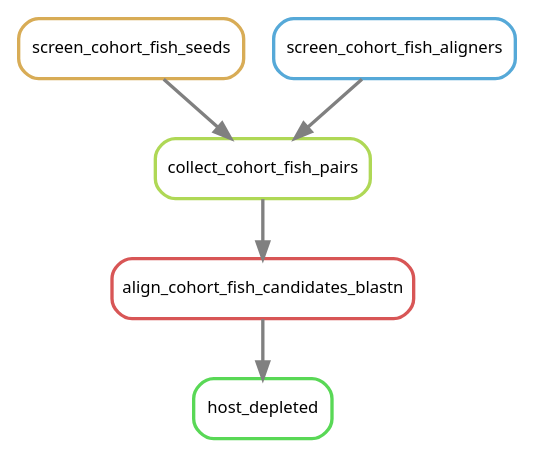
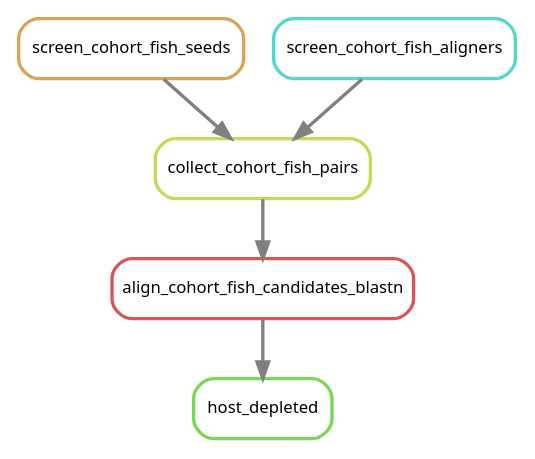
The diagram in docs/workflow/graphs/fish_host_depleted.dot (caseywdunn/siph-associates), drawn with Graphviz before and after one commit. The commit also changed 42 other files, not shown here.

First line of the commit message:
Treat Halistemma consistently across host-depleted analyses

```diff
--- a/docs/workflow/graphs/fish_host_depleted.dot
+++ b/docs/workflow/graphs/fish_host_depleted.dot
@@ -1,14 +1,14 @@
 digraph snakemake_dag {
     graph[bgcolor=white, margin=0];
     node[shape=box, style=rounded, fontname=sans,                 fontsize=10, penwidth=2];
     edge[penwidth=2, color=grey];
-	0[label = "host_depleted", color = "0.33 0.6 0.85", style="rounded"];
+	0[label = "host_depleted", color = "0.29 0.6 0.85", style="rounded"];
 	1[label = "align_cohort_fish_candidates_blastn", color = "0.00 0.6 0.85", style="rounded"];
-	2[label = "collect_cohort_fish_pairs", color = "0.22 0.6 0.85", style="rounded"];
-	3[label = "screen_cohort_fish_seeds", color = "0.11 0.6 0.85", style="rounded"];
-	4[label = "screen_cohort_fish_aligners", color = "0.56 0.6 0.85", style="rounded"];
+	2[label = "collect_cohort_fish_pairs", color = "0.19 0.6 0.85", style="rounded"];
+	3[label = "screen_cohort_fish_seeds", color = "0.10 0.6 0.85", style="rounded"];
+	4[label = "screen_cohort_fish_aligners", color = "0.48 0.6 0.85", style="rounded"];
 	1 -> 0
 	2 -> 1
 	4 -> 2
 	3 -> 2
 }            
```
